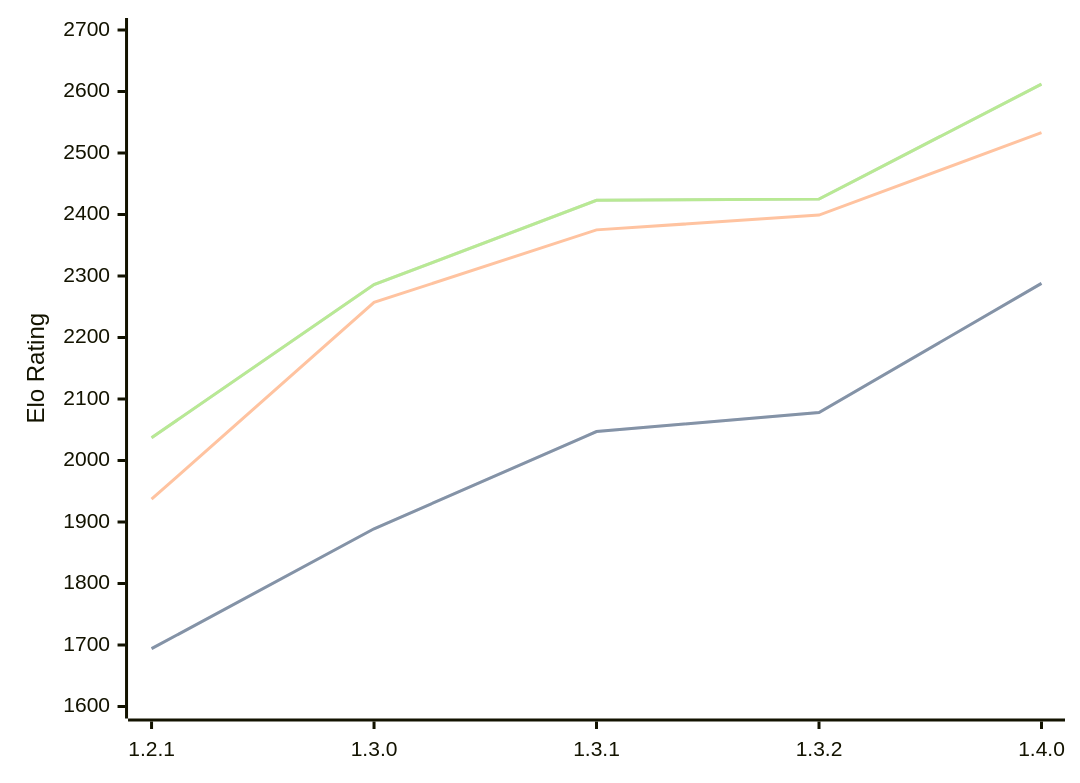
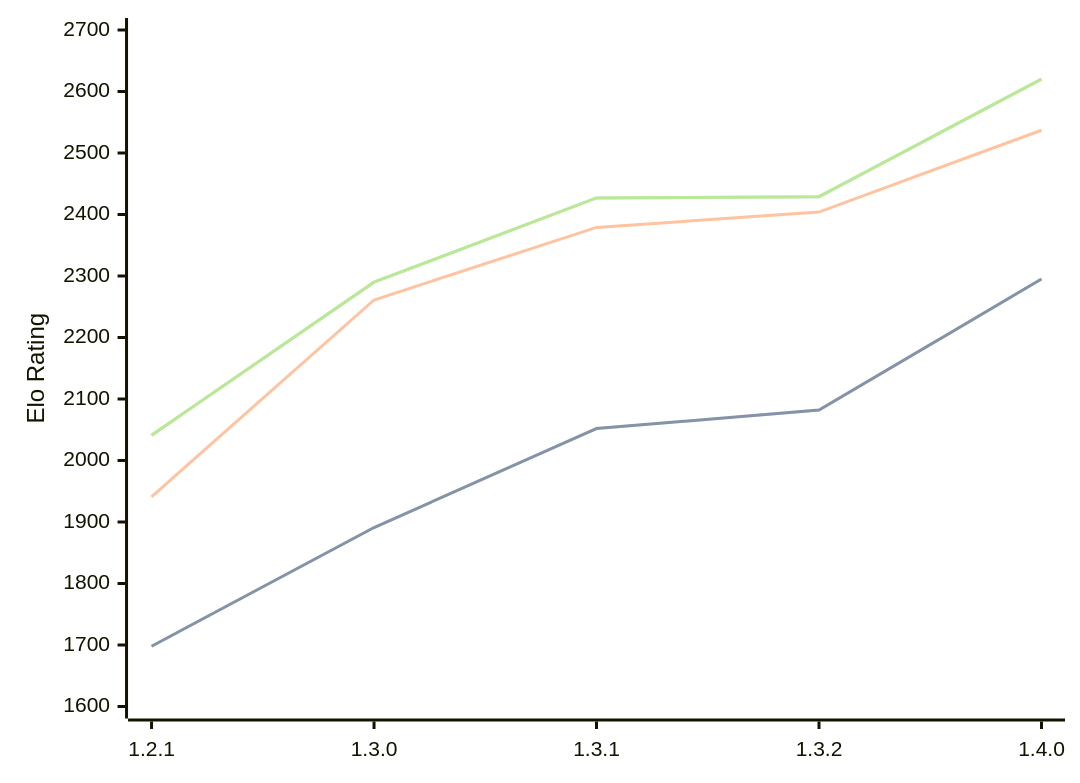
One commit to computer-chess-index/cci changed the diagram in engines/Chal.md. Above: the diagram before and after it, drawn with Mermaid. The commit also changed other lines of this file, not shown here.

Commit message:
Update CCI Ratings (ELO VLTC) - 2026-04-18

````diff
--- a/engines/Chal.md
+++ b/engines/Chal.md
@@ -38,11 +38,11 @@
 ```mermaid
 %%{init: {"theme":"base","themeVariables":{"seriesColors:['#a3a3a3','#222221','#faa371']}}}%%
 xychart-beta
   x-axis ["1.2.1", "1.3.0", "1.3.1", "1.3.2", "1.4.0"]
   y-axis "Elo Rating" 1600 --> 2700
-  line "STC (8.0+0.08s)" [1694, 1889, 2047, 2078, 2288]
-  line "STC (8.0+0.08s)" [1694, 1889, 2047, 2078, 2288]
-  line "LTC (60.0+0.60s)" [1937, 2257, 2375, 2399, 2533]
-  line "VLTC (2m24s+1.12s)" [2037, 2286, 2423, 2425, 2612]
-  line "VLTC (2m24s+1.12s)" [2037, 2286, 2423, 2425, 2612]
+  line "STC (8.0+0.08s)" [1698, 1891, 2052, 2082, 2295]
+  line "STC (8.0+0.08s)" [1698, 1891, 2052, 2082, 2295]
+  line "LTC (60.0+0.60s)" [1941, 2261, 2379, 2404, 2537]
+  line "VLTC (2m24s+1.12s)" [2041, 2290, 2427, 2429, 2620]
+  line "VLTC (2m24s+1.12s)" [2041, 2290, 2427, 2429, 2620]
 ```
````
